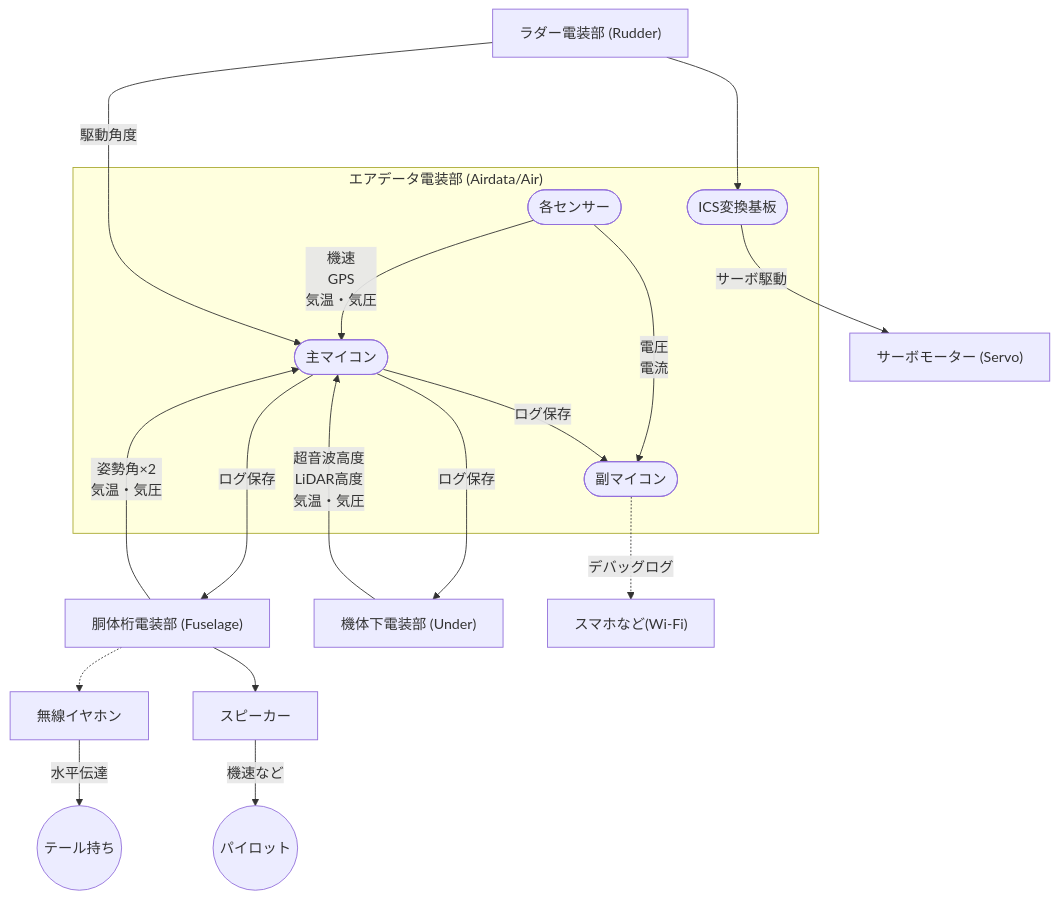
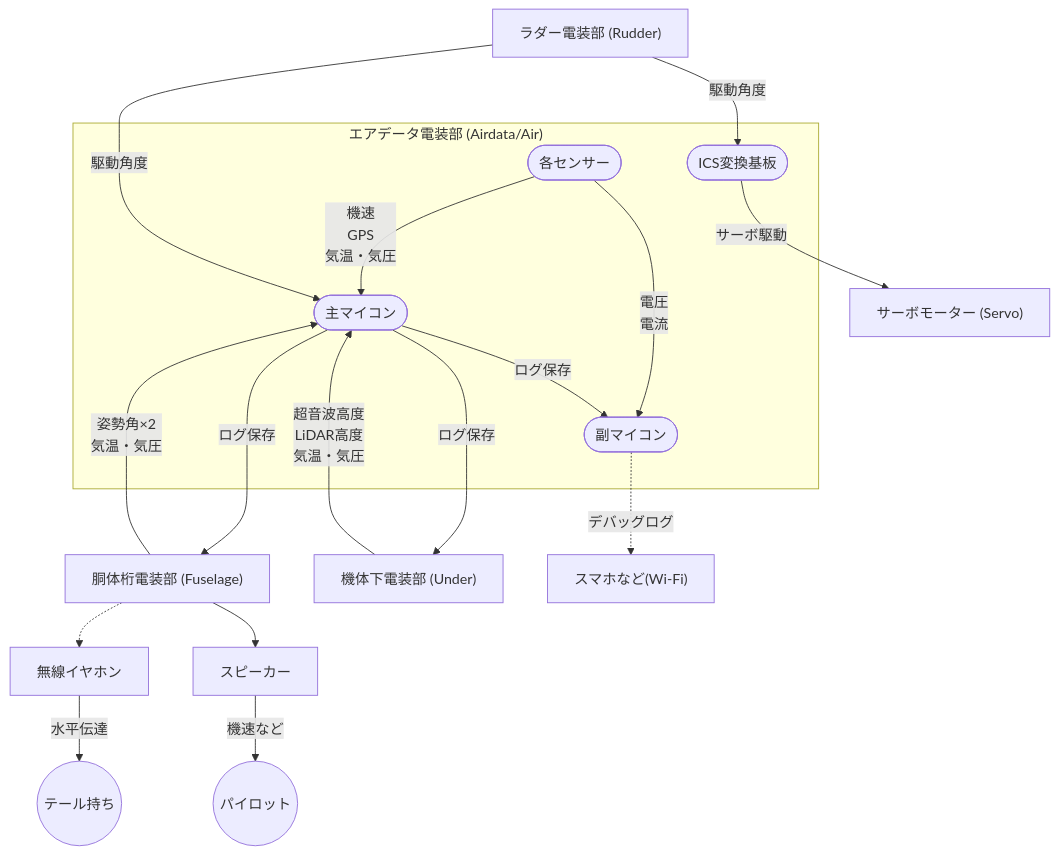
One commit to torica-org/electronics-blog changed the first of 5 diagrams in docs/works/2026-avionics.md. Above: the diagram before and after it, drawn with Mermaid. The commit also changed other lines of this file, not shown here.

```diff
--- a/docs/works/2026-avionics.md
+++ b/docs/works/2026-avionics.md
@@ -46,33 +46,33 @@
 <pre class="mermaid" style="background-color:white;width:500px;">
 flowchart TD
     subgraph air["エアデータ電装部 (Airdata/Air)"]
         ics(["ICS変換基板"])
         main(["主マイコン"])
         sub(["副マイコン"])
         sensors(["各センサー"])
         
         ics ~~~ main
         sensors -- "機速<br>GPS<br>気温・気圧" --> main
         sensors -- "電圧<br>電流" --> sub
         main -- "ログ保存" --> sub
     end
     rudder["ラダー電装部 (Rudder)"]
     fuselage["胴体桁電装部 (Fuselage)"]
     servo["サーボモーター (Servo)"]
     under["機体下電装部 (Under)"]
     client["スマホなど(Wi-Fi)"]
     bt["無線イヤホン"]
     speaker["スピーカー"]
     tail(("テール持ち"))
     p(("パイロット"))
 
     under -- "超音波高度<br>LiDAR高度<br>気温・気圧" --> main
     fuselage -- "姿勢角×2<br>気温・気圧" --> main
     rudder -- "駆動角度" --> main
-    rudder ---> ics -- "サーボ駆動" --> servo
+    rudder -- "駆動角度" --> ics -- "サーボ駆動" --> servo
     main -- "ログ保存" ---> under
     main -- "ログ保存" ---> fuselage
     sub -. "デバッグログ" .-> client
     fuselage -.-> bt -- "水平伝達" --> tail
     fuselage --> speaker -- "機速など" --> p
 </pre>
```
